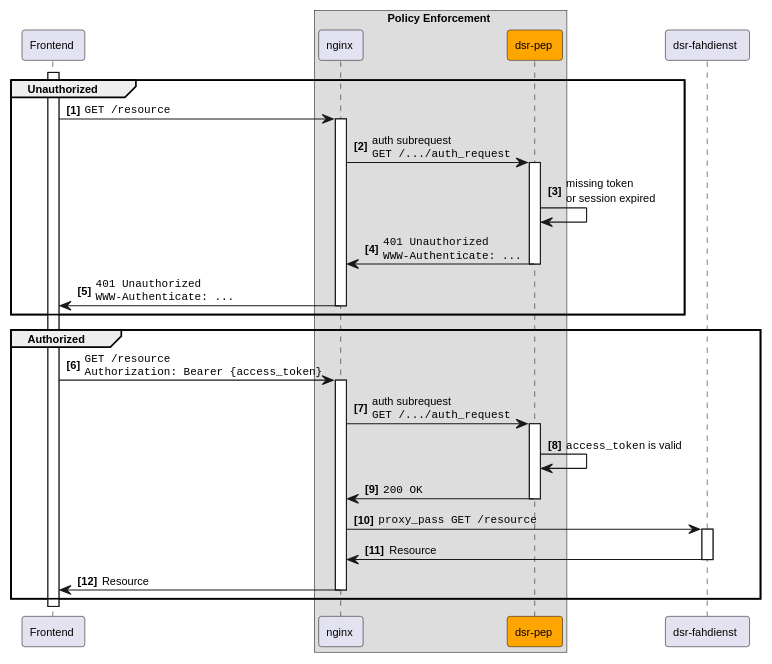
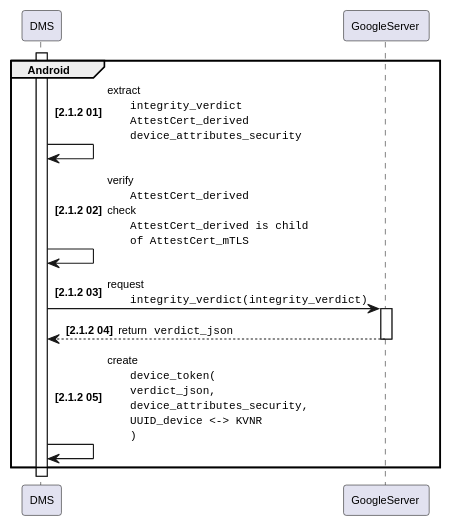
The second of 4 diagrams in content/en/docs/rfcs/dsr-rfc-02/_index.md (gematik/poc-dsr-documentation), drawn with PlantUML before and after one commit. The commit also changed other lines of this file and 3 other files, not shown here.

````diff
--- a/content/en/docs/rfcs/dsr-rfc-02/_index.md
+++ b/content/en/docs/rfcs/dsr-rfc-02/_index.md
@@ -86,38 +51,18 @@
 ```plantuml
-autonumber "<b>[0]"
+@startuml
+autonumber "<b>['2.1.2' 00]"
 skinparam defaultFontSize 10
-skinparam defaultFontName Helvetica
 skinparam DefaultMonospacedFontName Courier
 skinparam lengthAdjust none
 
-activate Frontend
+activate DMS
 
-box "Policy Enforcement"
-participant "nginx" as Proxy
-participant "dsr-pep" as PEP #Orange
-end box
+group Android
+DMS -> DMS: extract\n\t""integrity_verdict""\n\t""AttestCert_derived""\n\t""device_attributes_security""
+DMS -> DMS: verify\n\t""AttestCert_derived""\ncheck\n\t""AttestCert_derived is child""\n\t""of AttestCert_mTLS""
+DMS -> GoogleServer ++: request\n\t""integrity_verdict(integrity_verdict)""
+return return ""verdict_json""
+DMS -> DMS: create\n\t""device_token(""\n\t""verdict_json,""\n\t""device_attributes_security,""\n\t""UUID_device <-> KVNR""\n\t"")""
 
-participant "dsr-fahdienst" as Backend
-
-group Unauthorized
-Frontend -> Proxy ++: ""GET /resource""
-Proxy -> PEP ++: auth subrequest\n""GET /.../auth_request""
-PEP -> PEP: missing token\nor session expired
-PEP -> Proxy --: ""401 Unauthorized""\n""WWW-Authenticate: ...""
-Proxy -> Frontend --: ""401 Unauthorized""\n""WWW-Authenticate: ...""
 end
-
-group Authorized
-Frontend -> Proxy ++: ""GET /resource""\n""Authorization: Bearer {access_token}""
-Proxy -> PEP ++: auth subrequest\n""GET /.../auth_request""
-PEP -> PEP: ""access_token"" is valid
-PEP -> Proxy --: ""200 OK""
-Proxy -> Backend ++: ""proxy_pass GET /resource""
-Backend -> Proxy --: Resource
-Proxy -> Frontend --: Resource
-end
-
-
-deactivate Frontend 
-
 ```
````
